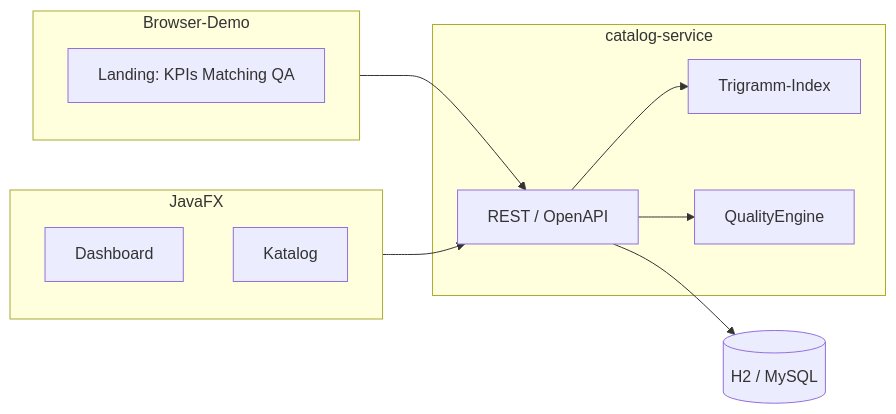
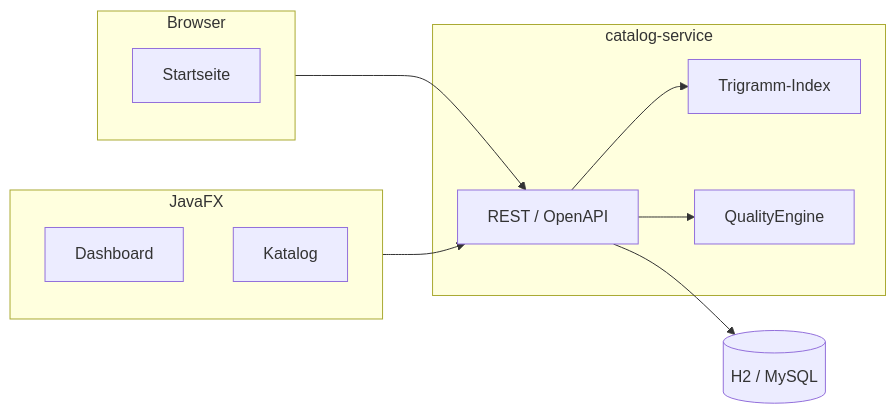
Before and after one commit to mdacoding/pharma-index: the diagram in README.md, drawn with Mermaid. The commit also changed other lines of this file and 1 other file, not shown here.

````diff
--- a/README.md
+++ b/README.md
@@ -53,21 +62,21 @@
 ```mermaid
 flowchart LR
-  subgraph demo [Browser-Demo]
-    Landing[Landing: KPIs Matching QA]
+  subgraph demo [Browser]
+    Landing[Startseite]
   end
   subgraph ui [JavaFX]
     Dash[Dashboard]
     Kat[Katalog]
   end
   subgraph api [catalog-service]
     REST[REST / OpenAPI]
     Idx[Trigramm-Index]
     Rules[QualityEngine]
   end
   DB[(H2 / MySQL)]
   demo --> REST
   ui --> REST
   REST --> Idx
   REST --> Rules
   REST --> DB
 ```
````
